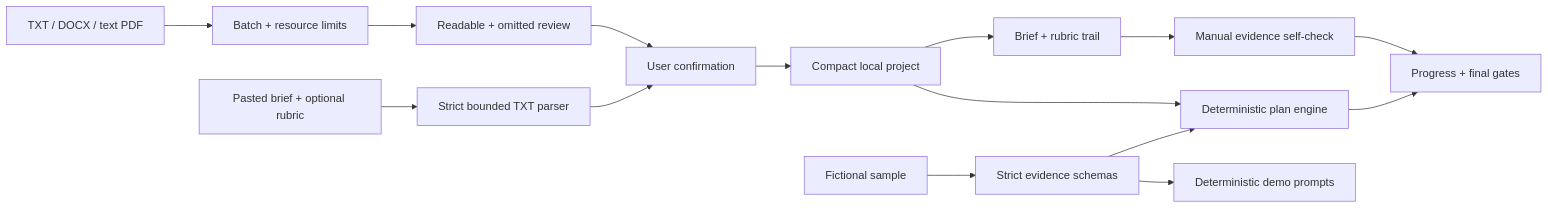
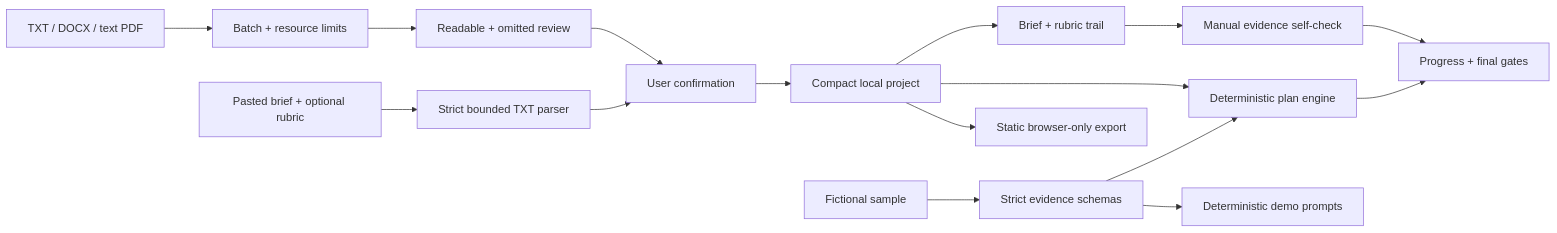
One commit to Sion612/rubrictrail changed the diagram in README.md. Above: the diagram before and after it, drawn with Mermaid. The commit also changed other lines of this file and 27 other files, not shown here.

First line of the commit message:
Prepare a verified local-only static demo (#20)

````diff
--- a/README.md
+++ b/README.md
@@ -232,17 +249,18 @@
 ```mermaid
 flowchart LR
   A["TXT / DOCX / text PDF"] --> B["Batch + resource limits"]
   B --> R["Readable + omitted review"]
   P["Pasted brief + optional rubric"] --> T["Strict bounded TXT parser"]
   R --> C["User confirmation"]
   T --> C
   C --> D["Compact local project"]
   D --> E["Brief + rubric trail"]
   D --> F["Deterministic plan engine"]
   E --> G["Manual evidence self-check"]
   F --> H["Progress + final gates"]
   G --> H
   S["Fictional sample"] --> I["Strict evidence schemas"]
   I --> F
   I --> J["Deterministic demo prompts"]
+  D --> K["Static browser-only export"]
 ```
````
